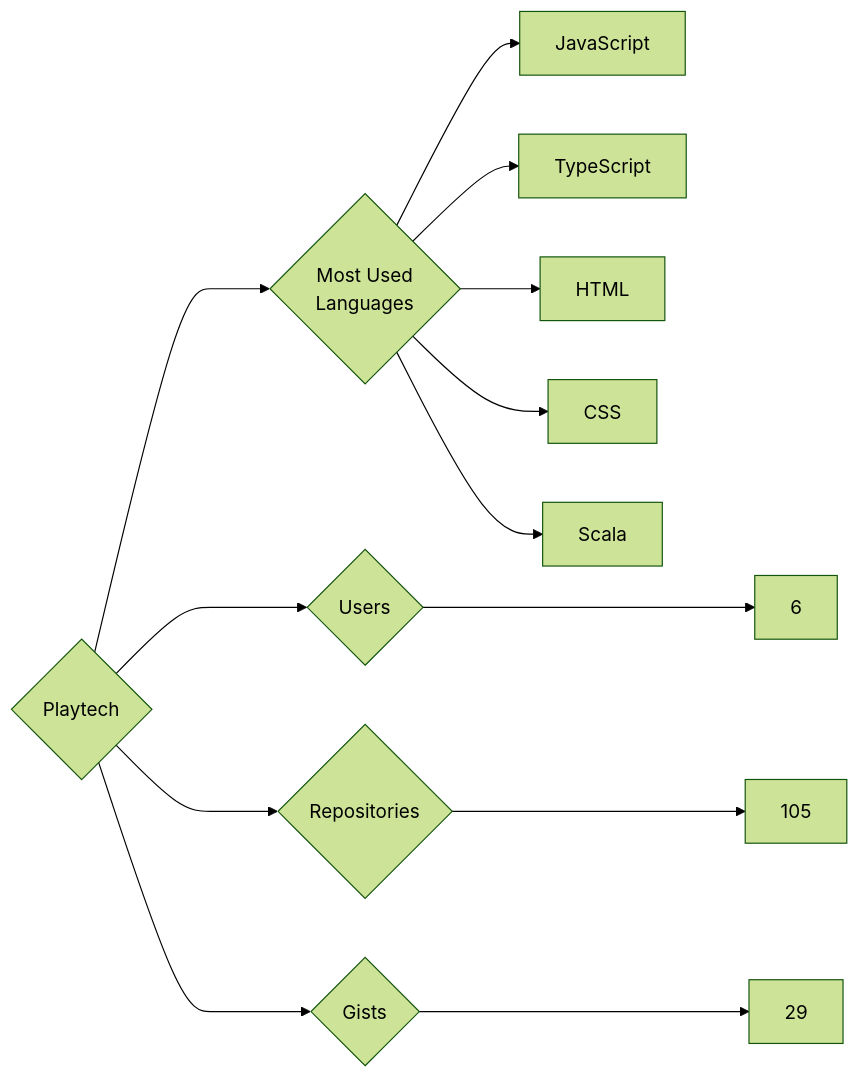
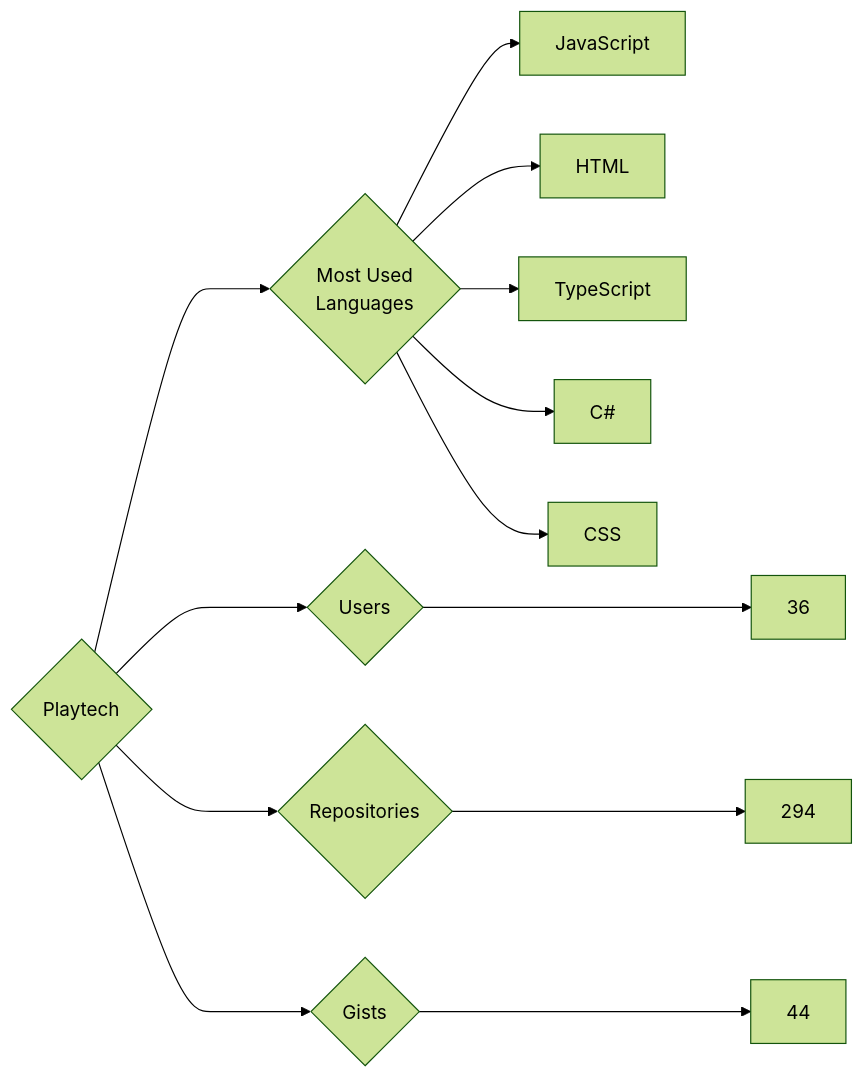
Before and after one commit to trickest/insiders: the diagram in targets/Playtech/README.md, drawn with Mermaid (forest theme). The commit also changed 695 other files, not shown here.

````diff
--- a/targets/Playtech/README.md
+++ b/targets/Playtech/README.md
@@ -3,13 +3,13 @@
 ```mermaid
 graph LR
 COMPANY_NAME{Playtech}
-COMPANY_NAME ---> U{Users} ---> UN[6]
-COMPANY_NAME ---> R{Repositories} ---> RN[105]
-COMPANY_NAME ---> G{Gists} ---> GN[29]
+COMPANY_NAME ---> U{Users} ---> UN[36]
+COMPANY_NAME ---> R{Repositories} ---> RN[294]
+COMPANY_NAME ---> G{Gists} ---> GN[44]
 COMPANY_NAME ---> ML{Most Used<br>Languages}
 ML --> JavaScript[JavaScript]
+ML --> HTML[HTML]
 ML --> TypeScript[TypeScript]
-ML --> HTML[HTML]
+ML --> C#[C#]
 ML --> CSS[CSS]
-ML --> Scala[Scala]
 ```
````
